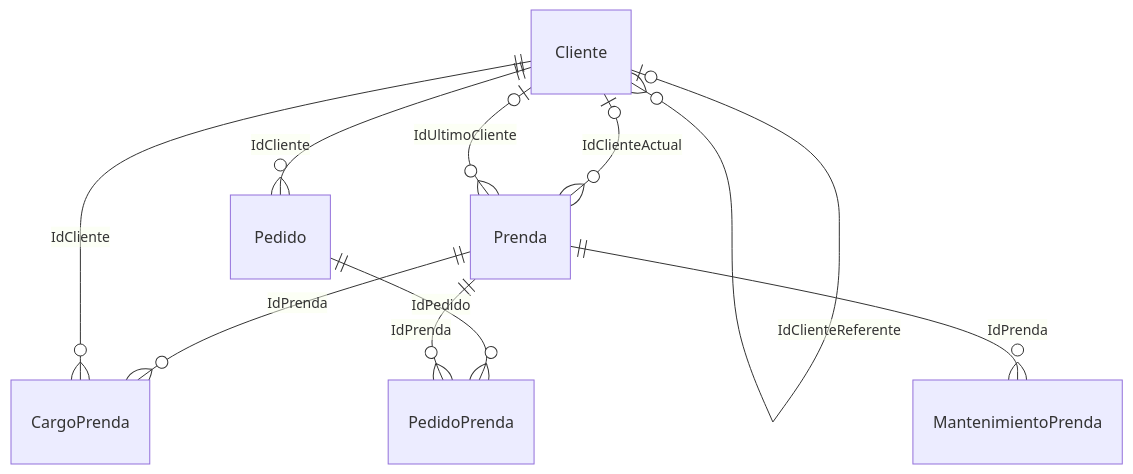
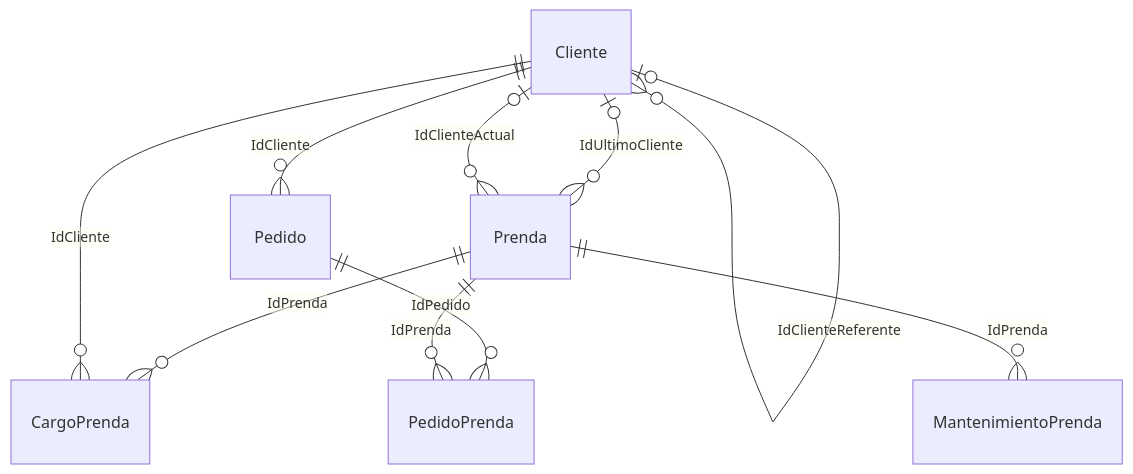
One commit to valentinamorana/Trabajo-de-Diploma changed the diagram in docs/diagramas/mermaid/MC_pn04_devolucion.mmd. Above: the diagram before and after it, drawn with Mermaid. The commit also changed other lines of this file and 65 other files, not shown here.

```diff
--- a/docs/diagramas/mermaid/MC_pn04_devolucion.mmd
+++ b/docs/diagramas/mermaid/MC_pn04_devolucion.mmd
@@ -1,16 +1,16 @@
 erDiagram
   Prenda ||--o{ CargoPrenda : "IdPrenda"
   Cliente ||--o{ CargoPrenda : "IdCliente"
   Cliente |o--o{ Cliente : "IdClienteReferente"
   Prenda ||--o{ MantenimientoPrenda : "IdPrenda"
   Cliente ||--o{ Pedido : "IdCliente"
   Pedido ||--o{ PedidoPrenda : "IdPedido"
   Prenda ||--o{ PedidoPrenda : "IdPrenda"
+  Cliente |o--o{ Prenda : "IdUltimoCliente"
   Cliente |o--o{ Prenda : "IdClienteActual"
-  Cliente |o--o{ Prenda : "IdUltimoCliente"
   Cliente
   Pedido
   PedidoPrenda
   Prenda
   MantenimientoPrenda
   CargoPrenda
```
